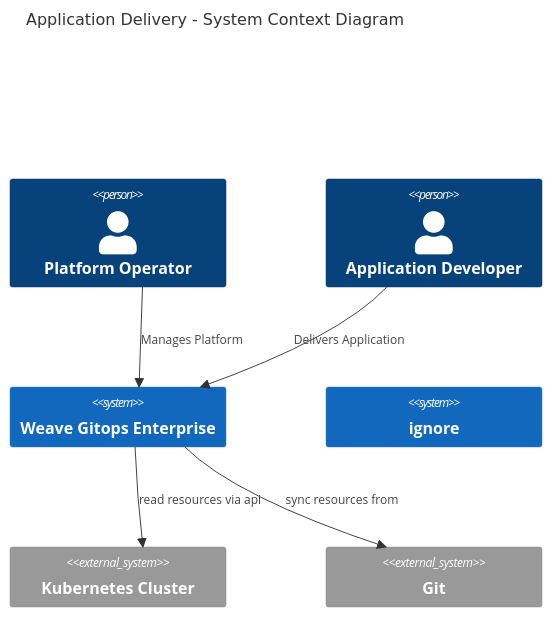
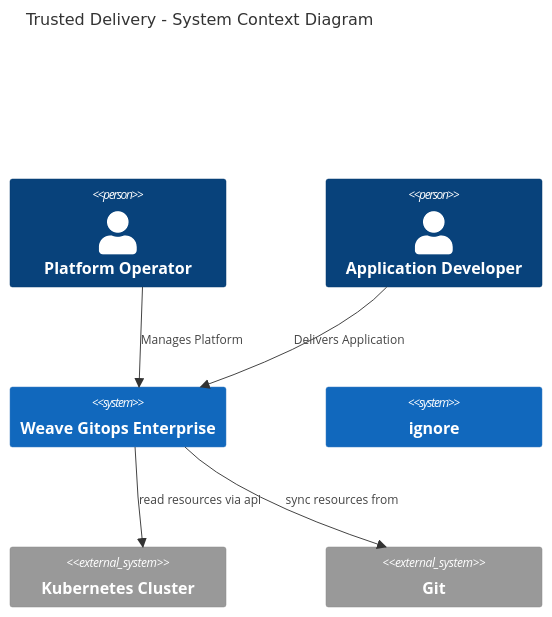
Before and after one commit to weaveworks/weave-gitops-enterprise: the first of 4 diagrams in docs/architecture/trusted-delivery.md, drawn with Mermaid. The commit also changed other lines of this file and 2 other files, not shown here.

Commit message:
adding trusted delivery diagrams

````diff
--- a/docs/architecture/trusted-delivery.md
+++ b/docs/architecture/trusted-delivery.md
@@ -32,19 +33,18 @@
 ```mermaid
 C4Context
 
-      title Application Delivery - System Context Diagram
+      title Trusted Delivery - System Context Diagram
       Person(platformOperator, "Platform Operator")
       Person(developer, "Application Developer")      
       System(weaveGitopsEnterprise, "Weave Gitops Enterprise")
       System(ignore, "ignore")
 
       Rel(platformOperator, weaveGitopsEnterprise, "Manages Platform")
       Rel(developer, weaveGitopsEnterprise, "Delivers Application")
       Rel(weaveGitopsEnterprise, Git, "sync resources from")
       Rel(weaveGitopsEnterprise, KubernetesCluster, "read resources via api")
 
       System_Ext(KubernetesCluster, "Kubernetes Cluster")
       System_Ext(Git, "Git") 
       UpdateLayoutConfig($c4ShapeInRow="2", $c4BoundaryInRow="1")
-
 ```
````
